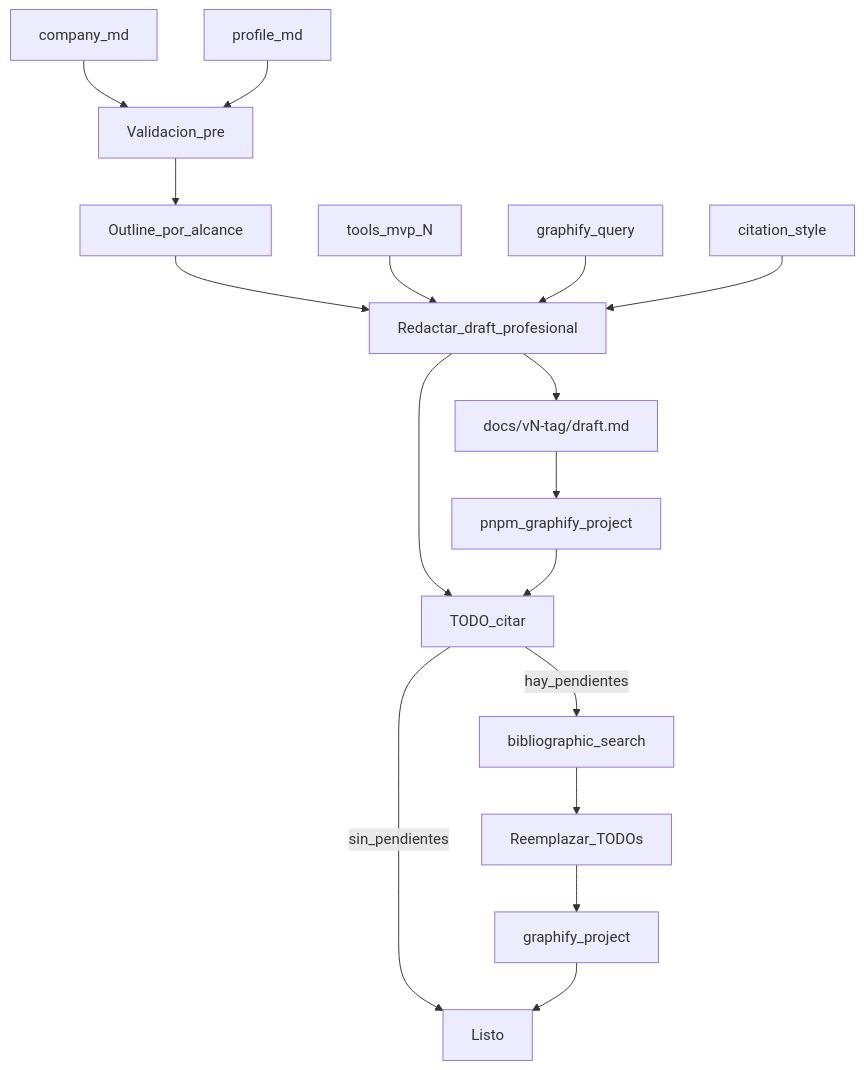
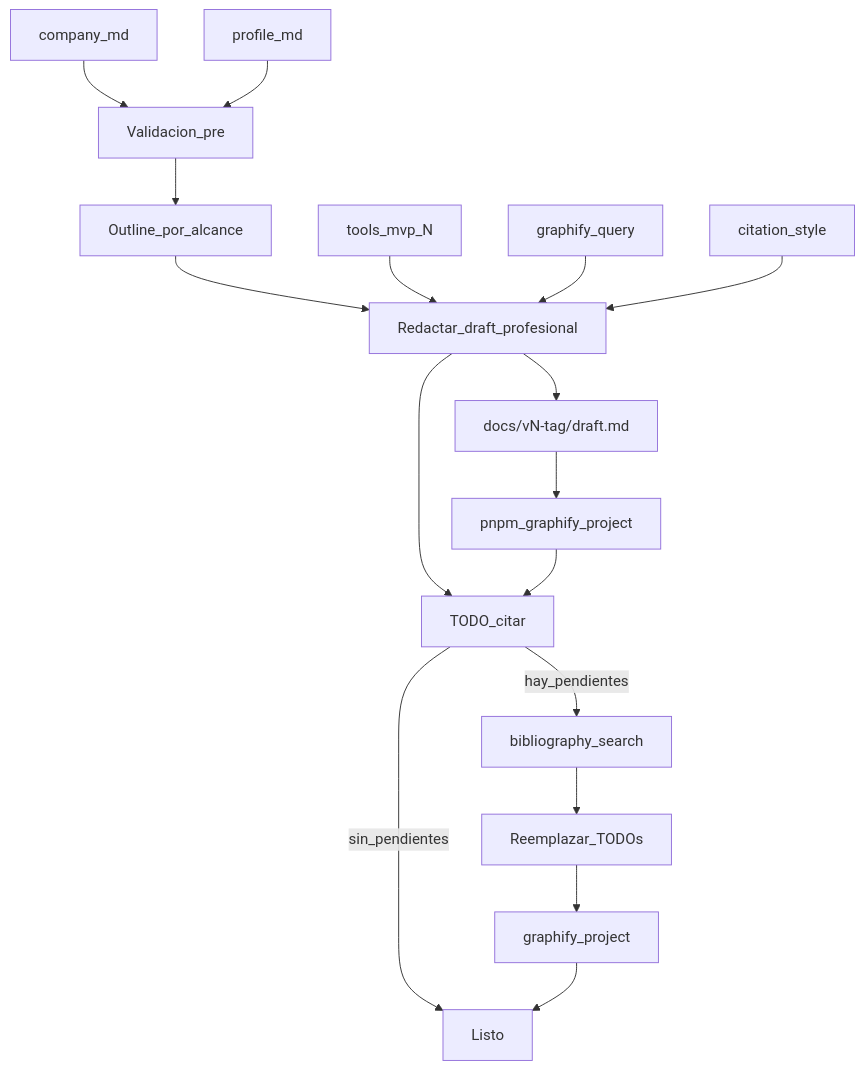
Before and after one commit to Luis-Fernando-MP/skills-report: the diagram in common/make-report/model1.md, drawn with Mermaid. The commit also changed other lines of this file and 26 other files, not shown here.

````diff
--- a/common/make-report/model1.md
+++ b/common/make-report/model1.md
@@ -78,19 +80,19 @@
 ```mermaid
 flowchart TD
   company[company_md] --> validate[Validacion_pre]
   profile[profile_md] --> validate
   validate --> outline[Outline_por_alcance]
   outline --> draftWrite[Redactar_draft_profesional]
   mvp[tools_mvp_N] --> draftWrite
   graphNow[graphify_query] --> draftWrite
   cite[citation_style] --> draftWrite
   draftWrite --> out["docs/vN-tag/draft.md"]
   out --> gp1[pnpm_graphify_project]
   draftWrite --> todos[TODO_citar]
   gp1 --> todos
-  todos -->|hay_pendientes| search[bibliographic_search]
+  todos -->|hay_pendientes| search[bibliography_search]
   search --> replace[Reemplazar_TODOs]
   replace --> gp3[graphify_project]
   todos -->|sin_pendientes| done[Listo]
   gp3 --> done
 ```
````
